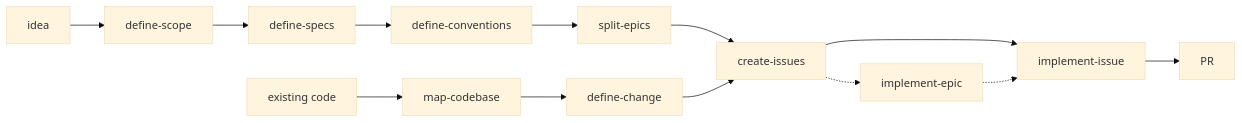
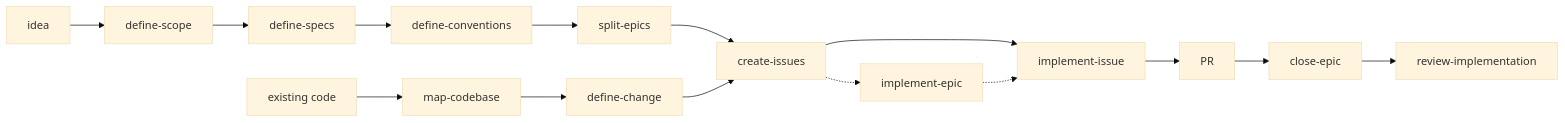
Before and after one commit to julienlegoux/skills: the diagram in docs/pipeline.md, drawn with Mermaid (base theme). The commit also changed other lines of this file and 3 other files, not shown here.

First line of the commit message:
docs: document close-epic, review-implementation and the drift register

````diff
--- a/docs/pipeline.md
+++ b/docs/pipeline.md
@@ -15,17 +15,20 @@
 ```mermaid
 flowchart LR
     A[idea] --> B[define-scope]
     B --> C[define-specs]
     C --> D[define-conventions]
     D --> E[split-epics]
 
     A2[existing code] --> M[map-codebase]
     M --> N[define-change]
 
     E --> F[create-issues]
     N --> F
     F --> G[implement-issue]
     G --> H[PR]
     F -.-> I[implement-epic]
     I -.-> G
+
+    H --> J[close-epic]
+    J --> K[review-implementation]
 ```
````
